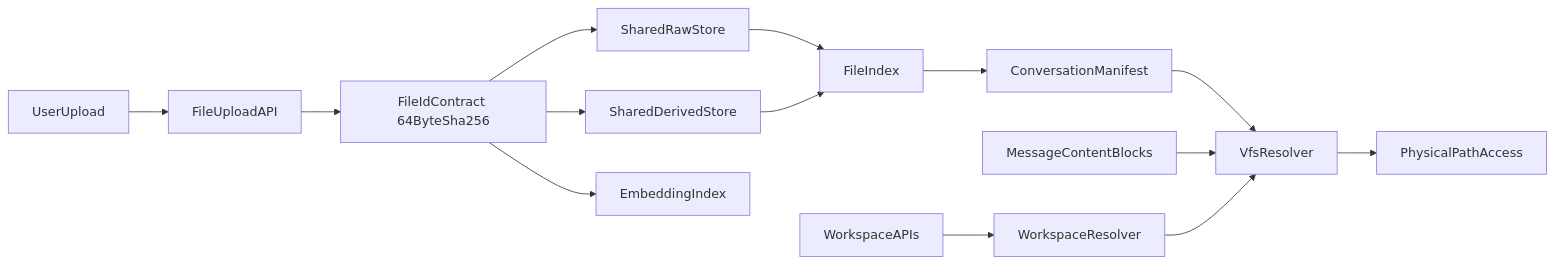
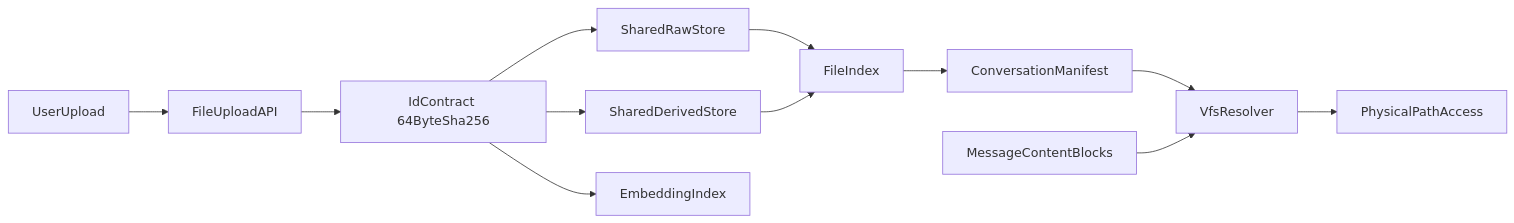
One commit to wuhonglei/chat-agent changed the diagram in .cursor/plans/会话文件虚拟路径迁移_be886c22.plan.md. Above: the diagram before and after it, drawn with Mermaid. The commit also changed other lines of this file, not shown here.

````diff
--- a/.cursor/plans/会话文件虚拟路径迁移_be886c22.plan.md
+++ b/.cursor/plans/会话文件虚拟路径迁移_be886c22.plan.md
@@ -66,16 +68,14 @@
 ```mermaid
 flowchart LR
     userUpload[UserUpload] --> uploadApi[FileUploadAPI]
-    uploadApi --> fileIdContract["FileIdContract 64ByteSha256"]
-    fileIdContract --> sharedRaw[SharedRawStore]
-    fileIdContract --> sharedDerived[SharedDerivedStore]
-    fileIdContract --> embeddingIndex[EmbeddingIndex]
+    uploadApi --> idContract["IdContract 64ByteSha256"]
+    idContract --> sharedRaw[SharedRawStore]
+    idContract --> sharedDerived[SharedDerivedStore]
+    idContract --> embeddingIndex[EmbeddingIndex]
     sharedRaw --> fileIndex[FileIndex]
     sharedDerived --> fileIndex
     fileIndex --> convManifest[ConversationManifest]
     convManifest --> vfsResolver[VfsResolver]
     chatBlocks[MessageContentBlocks] --> vfsResolver
-    workspaceApis[WorkspaceAPIs] --> workspaceResolver[WorkspaceResolver]
-    workspaceResolver --> vfsResolver
     vfsResolver --> physicalPath[PhysicalPathAccess]
 ```
````
